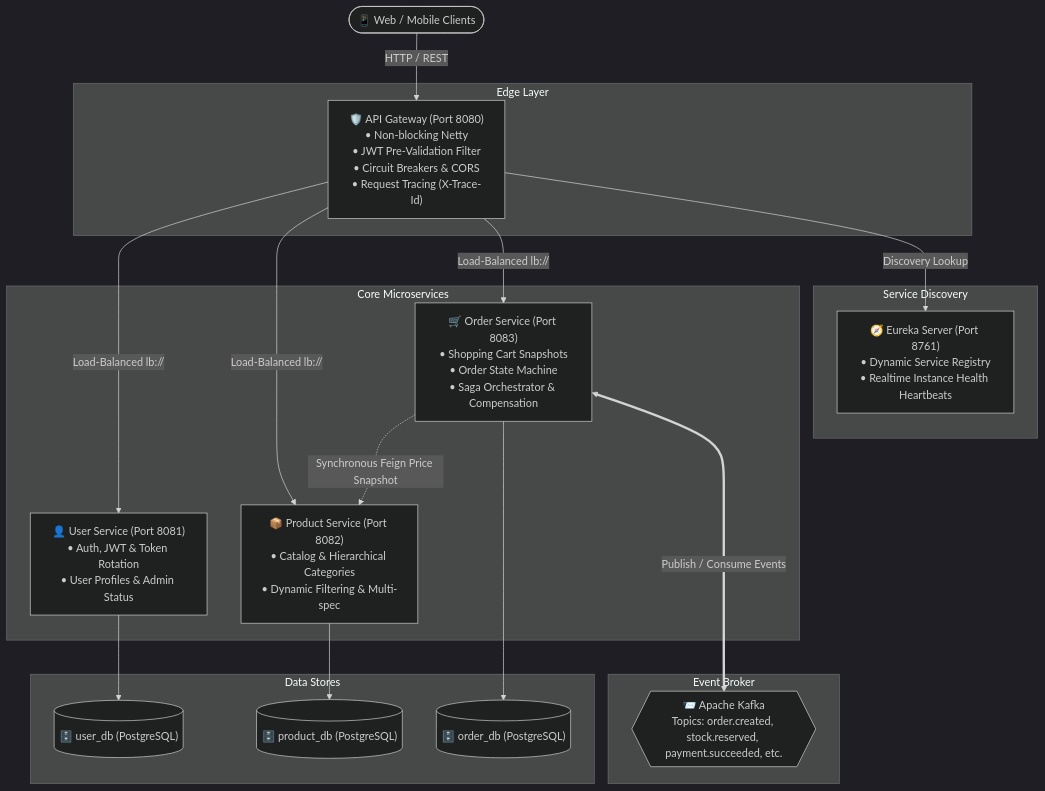
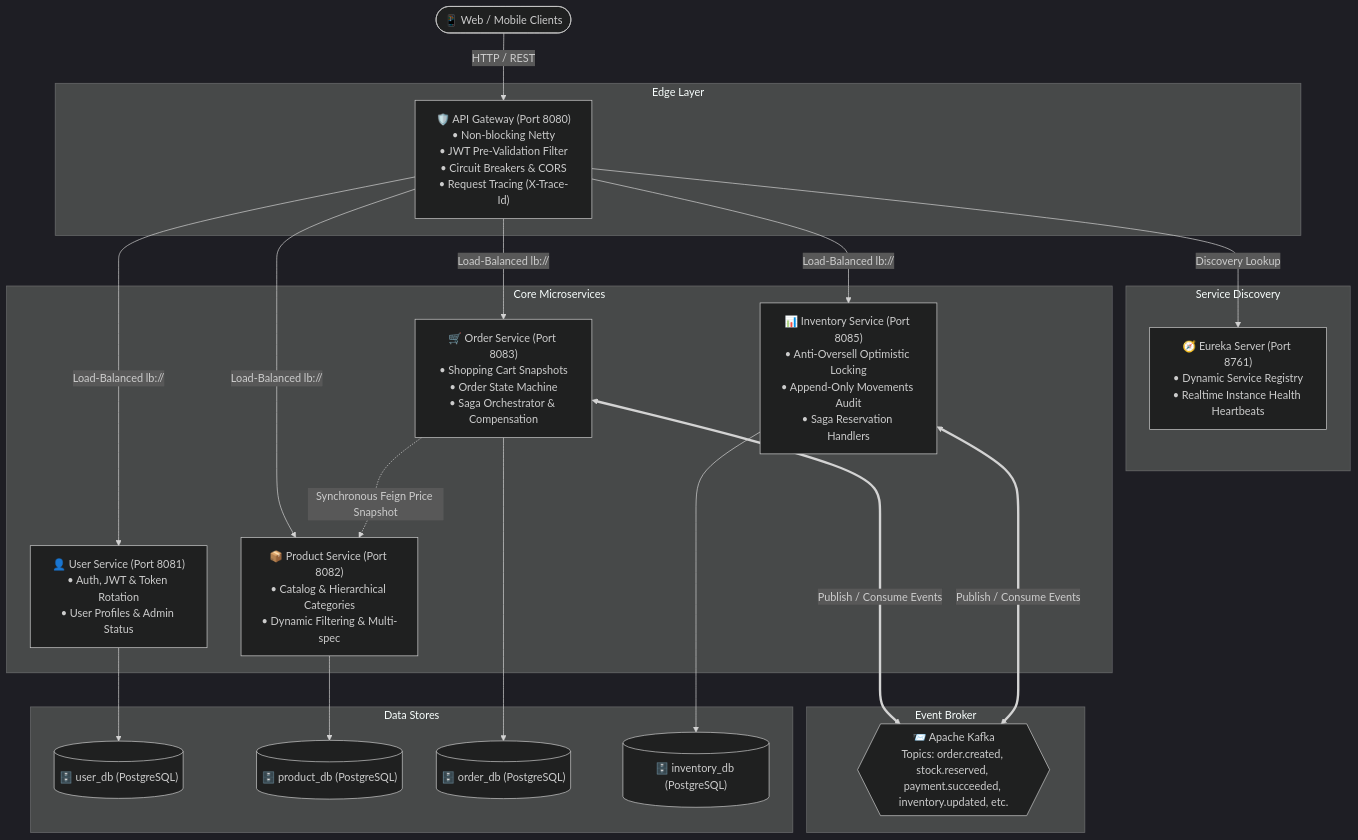
Before and after one commit to anhnhatdev/minishop: the diagram in README.md, drawn with Mermaid (dark theme). The commit also changed other lines of this file and 47 other files, not shown here.

````diff
--- a/README.md
+++ b/README.md
@@ -16,41 +16,46 @@
 ```mermaid
 graph TD
     Client(["📱 Web / Mobile Clients"])
     
     subgraph Edge Layer
         Gateway["🛡️ API Gateway (Port 8080)<br/>• Non-blocking Netty<br/>• JWT Pre-Validation Filter<br/>• Circuit Breakers & CORS<br/>• Request Tracing (X-Trace-Id)"]
     end
     
     subgraph Service Discovery
         Eureka["🧭 Eureka Server (Port 8761)<br/>• Dynamic Service Registry<br/>• Realtime Instance Health Heartbeats"]
     end
     
     subgraph Core Microservices
         UserService["👤 User Service (Port 8081)<br/>• Auth, JWT & Token Rotation<br/>• User Profiles & Admin Status"]
         ProductService["📦 Product Service (Port 8082)<br/>• Catalog & Hierarchical Categories<br/>• Dynamic Filtering & Multi-spec"]
         OrderService["🛒 Order Service (Port 8083)<br/>• Shopping Cart Snapshots<br/>• Order State Machine<br/>• Saga Orchestrator & Compensation"]
+        InventoryService["📊 Inventory Service (Port 8085)<br/>• Anti-Oversell Optimistic Locking<br/>• Append-Only Movements Audit<br/>• Saga Reservation Handlers"]
     end
     
     subgraph Event Broker
-        Kafka{{"📨 Apache Kafka<br/>Topics: order.created, stock.reserved, payment.succeeded, etc."}}
+        Kafka{{"📨 Apache Kafka<br/>Topics: order.created, stock.reserved, payment.succeeded, inventory.updated, etc."}}
     end
 
     subgraph Data Stores
         UserDB[("🗄️ user_db (PostgreSQL)")]
         ProductDB[("🗄️ product_db (PostgreSQL)")]
         OrderDB[("🗄️ order_db (PostgreSQL)")]
+        InventoryDB[("🗄️ inventory_db (PostgreSQL)")]
     end
 
     Client -->|HTTP / REST| Gateway
     Gateway -->|Discovery Lookup| Eureka
     Gateway -->|Load-Balanced lb://| UserService
     Gateway -->|Load-Balanced lb://| ProductService
     Gateway -->|Load-Balanced lb://| OrderService
+    Gateway -->|Load-Balanced lb://| InventoryService
     
     OrderService -.->|Synchronous Feign Price Snapshot| ProductService
     OrderService <===>|Publish / Consume Events| Kafka
+    InventoryService <===>|Publish / Consume Events| Kafka
     
     UserService --> UserDB
     ProductService --> ProductDB
     OrderService --> OrderDB
+    InventoryService --> InventoryDB
 ```
````
